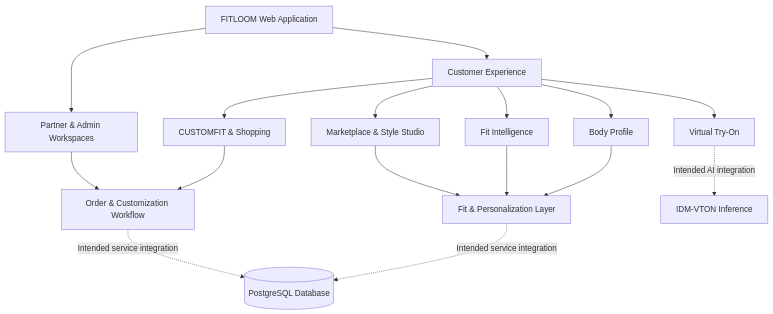
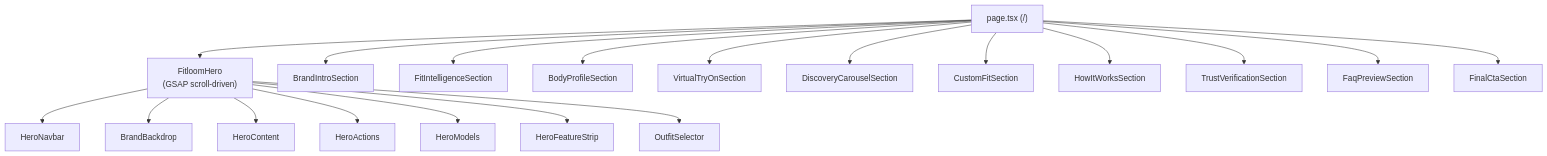
The second of 3 diagrams in README.md (SOUMYADEEPDEY1217/FITLOOM), drawn with Mermaid before and after one commit. The commit also changed other lines of this file, not shown here.

Commit message:
docs: add frontend visual architecture to README

````diff
--- a/README.md
+++ b/README.md
@@ -215,21 +458,23 @@
 ```mermaid
 flowchart TD
-    A["FITLOOM Web Application"] --> B["Customer Experience"]
-    A --> C["Partner &amp; Admin Workspaces"]
+    ROOT["page.tsx (/)"]
+    ROOT --> H["FitloomHero\n(GSAP scroll-driven)"]
+    ROOT --> BI["BrandIntroSection"]
+    ROOT --> FIS["FitIntelligenceSection"]
+    ROOT --> BP["BodyProfileSection"]
+    ROOT --> VTO["VirtualTryOnSection"]
+    ROOT --> DC["DiscoveryCarouselSection"]
+    ROOT --> CF["CustomFitSection"]
+    ROOT --> HIW["HowItWorksSection"]
+    ROOT --> TV["TrustVerificationSection"]
+    ROOT --> FAQ["FaqPreviewSection"]
+    ROOT --> CTA["FinalCtaSection"]
 
-    B --> D["Body Profile"]
-    B --> E["Fit Intelligence"]
-    B --> F["Virtual Try-On"]
-    B --> G["Marketplace &amp; Style Studio"]
-    B --> H["CUSTOMFIT &amp; Shopping"]
-
-    D --> I["Fit &amp; Personalization Layer"]
-    E --> I
-    G --> I
-    H --> J["Order &amp; Customization Workflow"]
-    C --> J
-
-    I -. "Intended service integration" .-> K[("PostgreSQL Database")]
-    F -. "Intended AI integration" .-> L["IDM-VTON Inference"]
-    J -. "Intended service integration" .-> K
+    H --> HN["HeroNavbar"]
+    H --> BB["BrandBackdrop"]
+    H --> HC["HeroContent"]
+    H --> HA["HeroActions"]
+    H --> HM["HeroModels"]
+    H --> HFS["HeroFeatureStrip"]
+    H --> OS["OutfitSelector"]
 ```
````
